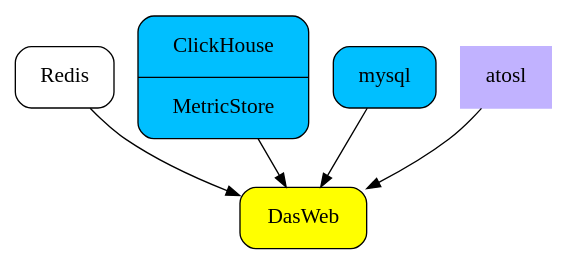
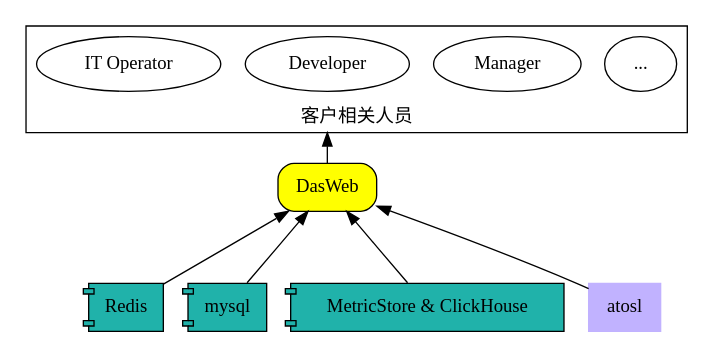
The fourth of 5 diagrams in docs/installing/architecture.rst (gardenias/docs-test), drawn with Graphviz before and after one commit. The commit also changed other lines of this file, not shown here.

Commit message:
data flow digram

```diff
--- a/docs/installing/architecture.rst
+++ b/docs/installing/architecture.rst
@@ -48,15 +130,29 @@
 .. graphviz::
 
-      digraph Consumer {
-  		node [margin=0.2, fontsize=16, shape=box, style="rounded,filled", fillcolor=white]
+      digraph DasWeb {
+      rankdir = BT;
+      compound=true;
+      ranksep=0.75;
+
+  		node [fontsize=14, shape=box, style="rounded,filled", fillcolor=white]
 
   		dv [label="DasWeb", fillcolor=yellow]
-  		r [label="Redis"]
 
-      metric [label="{ ClickHouse | MetricStore }", shape=record, fillcolor=deepskyblue1]
-  		m [label="mysql", fillcolor=deepskyblue1]
+      r [label="Redis", shape="component", fillcolor="lightseagreen"]
+      m [label="mysql", shape="component", fillcolor="lightseagreen"]
+      metric [label="MetricStore & ClickHouse", shape="component", fillcolor="lightseagreen", style="filled"];
 
       osl [label="atosl", shape=box,style=filled,color=".7 .3 1.0", fillcolor=".7 .3 1.0"]
 
-  		{r, m, metric, osl} -> dv
+      subgraph cluster_users {
+         label="客户相关人员";
+         node [shape="ellipse", margin=0.1, fillcolor=white];
+         others [label="..."];
+         manager [label="Manager"];
+         developer [label="Developer"];
+         it [label="IT Operator"];
+      }
+
+  		{r, m, metric, osl} -> dv;
+      dv -> developer [lhead=cluster_users];
   	}
```
